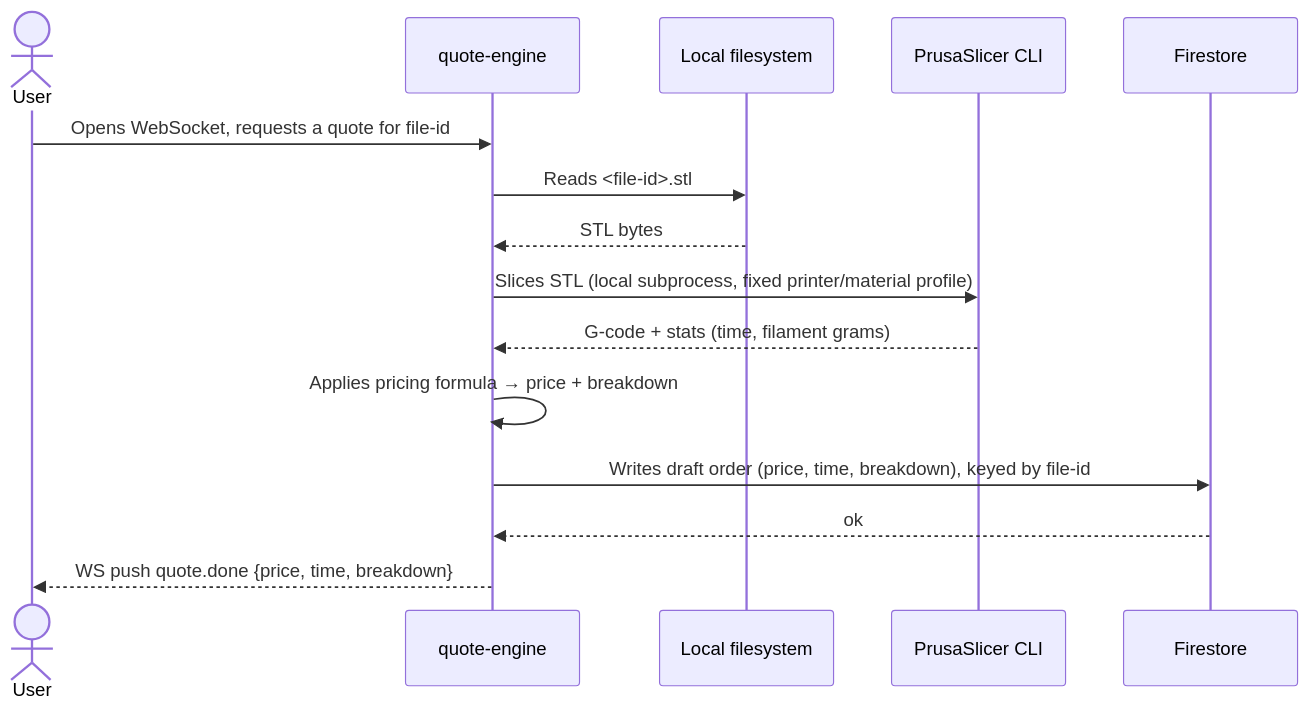
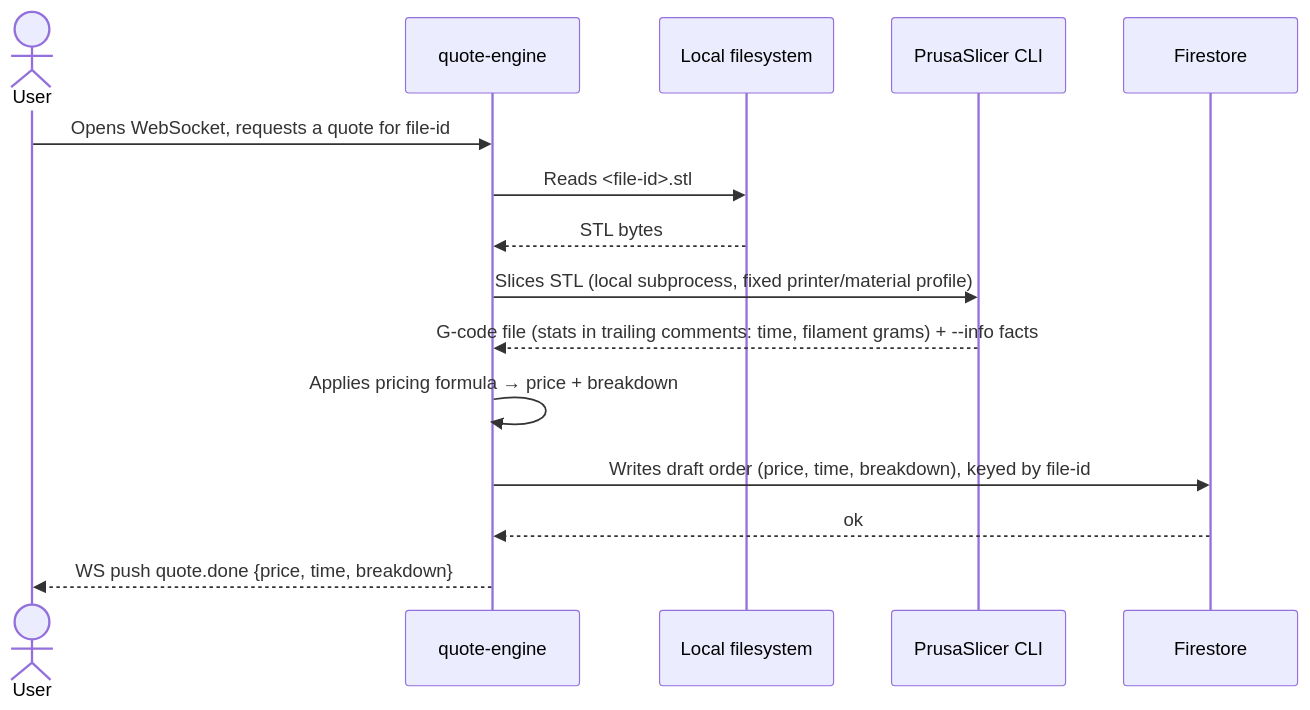
Before and after one commit to yahacom/print-marketplace: the third of 4 diagrams in docs/features/quote-engine/sad.md, drawn with Mermaid. The commit also changed other lines of this file and 10 other files, not shown here.

First line of the commit message:
docs(quote-engine): align tasks with verified PrusaSlicer behavior

````diff
--- a/docs/features/quote-engine/sad.md
+++ b/docs/features/quote-engine/sad.md
@@ -157,18 +157,18 @@
 ```mermaid
 sequenceDiagram
     actor User
     participant quote-engine
     participant Local filesystem
     participant PrusaSlicer CLI
     participant Firestore
 
     User->>quote-engine: Opens WebSocket, requests a quote for file-id
     quote-engine->>Local filesystem: Reads <file-id>.stl
     Local filesystem-->>quote-engine: STL bytes
     quote-engine->>PrusaSlicer CLI: Slices STL (local subprocess, fixed printer/material profile)
-    PrusaSlicer CLI-->>quote-engine: G-code + stats (time, filament grams)
+    PrusaSlicer CLI-->>quote-engine: G-code file (stats in trailing comments: time, filament grams) + --info facts
     quote-engine->>quote-engine: Applies pricing formula → price + breakdown
     quote-engine->>Firestore: Writes draft order (price, time, breakdown), keyed by file-id
     Firestore-->>quote-engine: ok
     quote-engine-->>User: WS push quote.done {price, time, breakdown}
 ```
````
